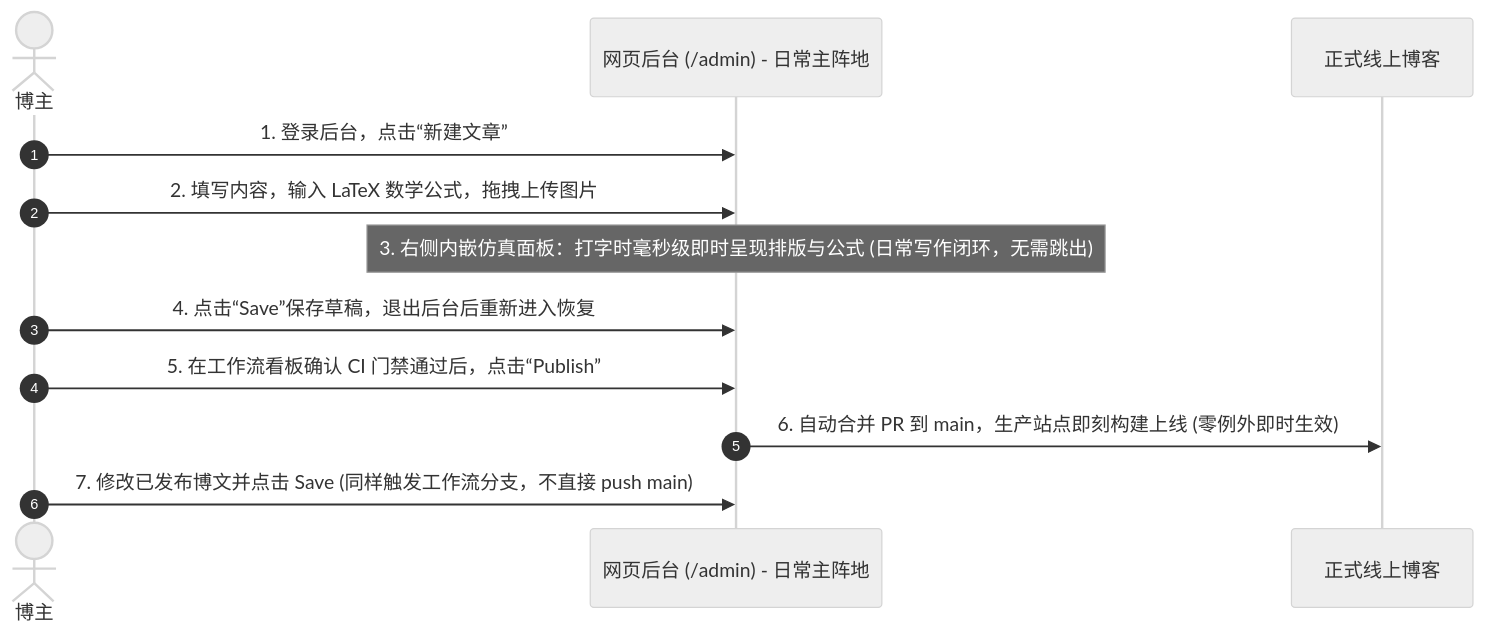
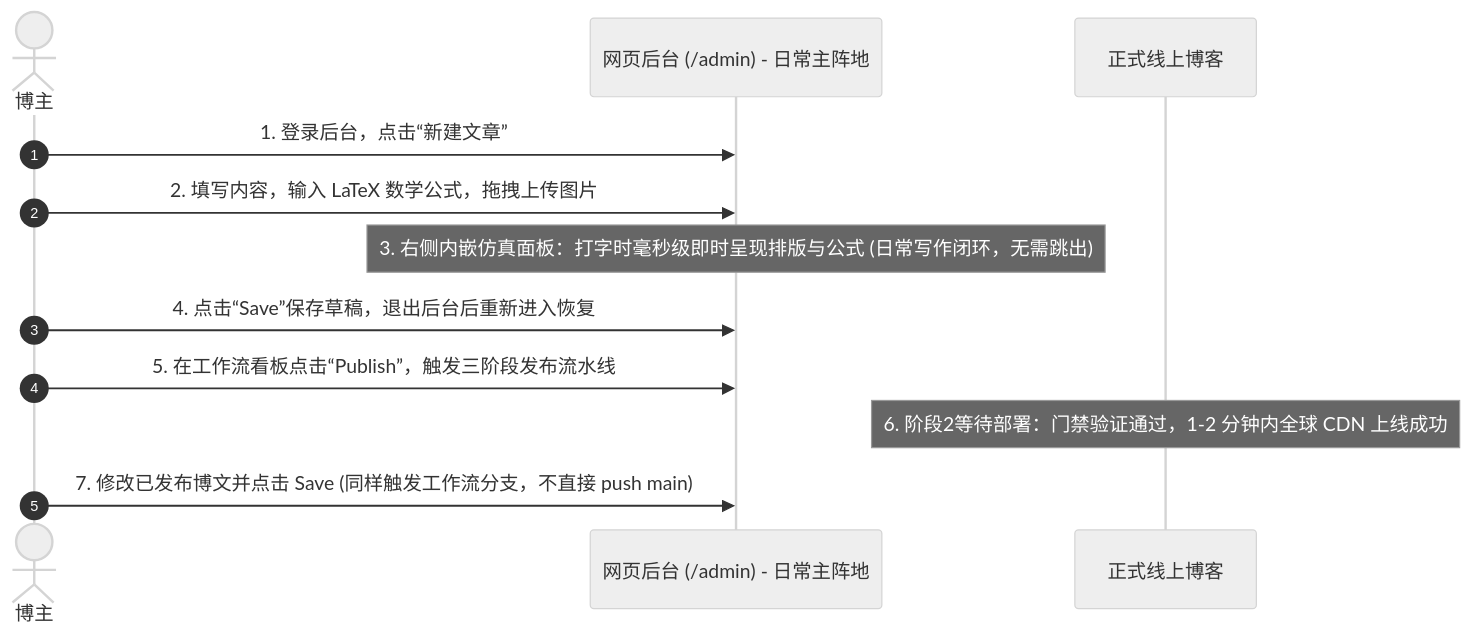
One commit to ForeSee2024/huaoblog changed the third of 3 diagrams in docs/ENGINEERING_SPEC.md. Above: the diagram before and after it, drawn with Mermaid (neutral theme). The commit also changed other lines of this file and 2 other files, not shown here.

````diff
--- a/docs/ENGINEERING_SPEC.md
+++ b/docs/ENGINEERING_SPEC.md
@@ -372,15 +405,15 @@
 ```mermaid
 sequenceDiagram
     autonumber
     actor Author as 博主
     participant Admin as 网页后台 (/admin) - 日常主阵地
     participant Live as 正式线上博客
 
     Author->>Admin: 1. 登录后台，点击“新建文章”
     Author->>Admin: 2. 填写内容，输入 LaTeX 数学公式，拖拽上传图片
     Note over Admin: 3. 右侧内嵌仿真面板：打字时毫秒级即时呈现排版与公式 (日常写作闭环，无需跳出)
     Author->>Admin: 4. 点击“Save”保存草稿，退出后台后重新进入恢复
-    Author->>Admin: 5. 在工作流看板确认 CI 门禁通过后，点击“Publish”
-    Admin->>Live: 6. 自动合并 PR 到 main，生产站点即刻构建上线 (零例外即时生效)
+    Author->>Admin: 5. 在工作流看板点击“Publish”，触发三阶段发布流水线
+    Note over Live: 6. 阶段2等待部署：门禁验证通过，1-2 分钟内全球 CDN 上线成功
     Author->>Admin: 7. 修改已发布博文并点击 Save (同样触发工作流分支，不直接 push main)
 ```
````
